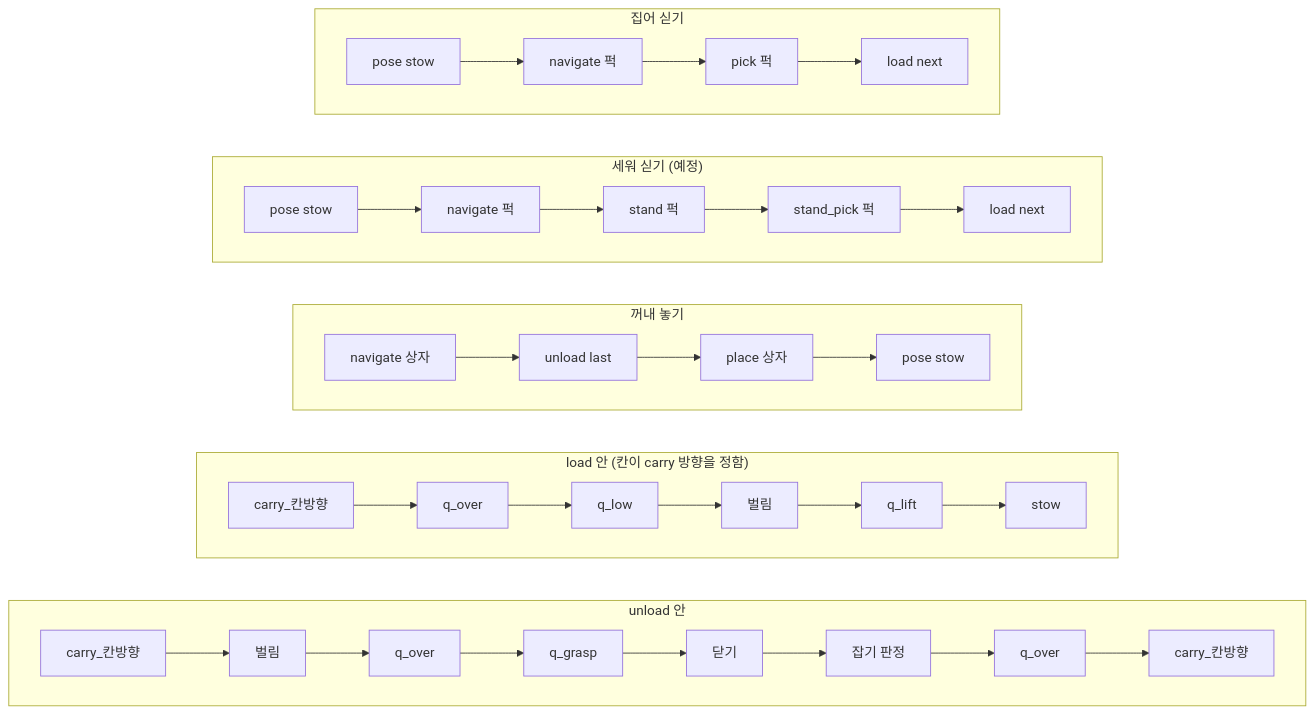
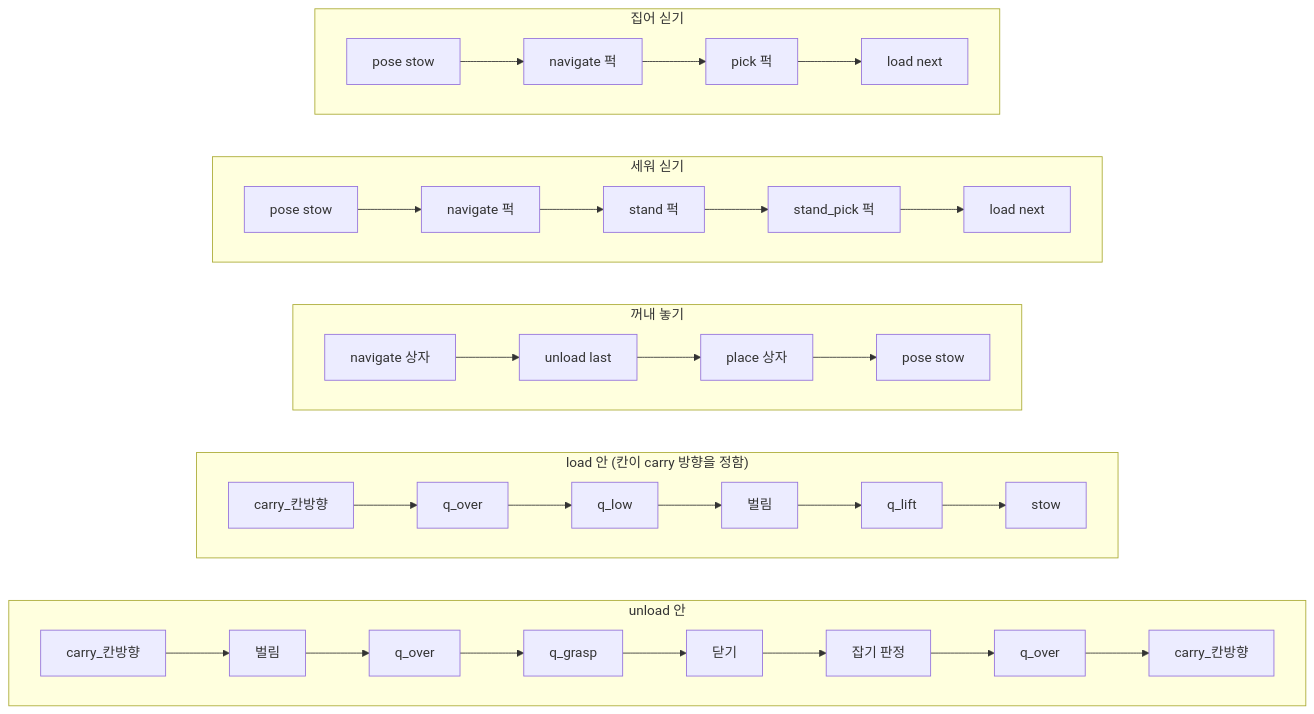
Before and after one commit to SeungHye-J/Lv2_bee_Assignment: the second of 6 diagrams in documents/project/ros/05-arm.md, drawn with Mermaid. The commit also changed other lines of this file and 11 other files, not shown here.

````diff
--- a/documents/project/ros/05-arm.md
+++ b/documents/project/ros/05-arm.md
@@ -70,24 +70,24 @@
 ```mermaid
 flowchart TB
   subgraph F1["집어 싣기"]
     direction LR
     a1["pose stow"] --> a2["navigate 퍽"] --> a3["pick 퍽"] --> a4["load next"]
   end
-  subgraph F2["세워 싣기 (예정)"]
+  subgraph F2["세워 싣기"]
     direction LR
     b1["pose stow"] --> b2["navigate 퍽"] --> b3["stand 퍽"] --> b4["stand_pick 퍽"] --> b5["load next"]
   end
   subgraph F3["꺼내 놓기"]
     direction LR
     c1["navigate 상자"] --> c2["unload last"] --> c3["place 상자"] --> c4["pose stow"]
   end
   subgraph L["load 안 (칸이 carry 방향을 정함)"]
     direction LR
     l1["carry_칸방향"] --> l2["q_over"] --> l3["q_low"] --> l4["벌림"] --> l5["q_lift"] --> l6["stow"]
   end
   subgraph U["unload 안"]
     direction LR
     u1["carry_칸방향"] --> u2["벌림"] --> u3["q_over"] --> u4["q_grasp"] --> u5["닫기"] --> u6["잡기 판정"] --> u7["q_over"] --> u8["carry_칸방향"]
   end
   F1 ~~~ F2 ~~~ F3 ~~~ L ~~~ U
 ```
````
